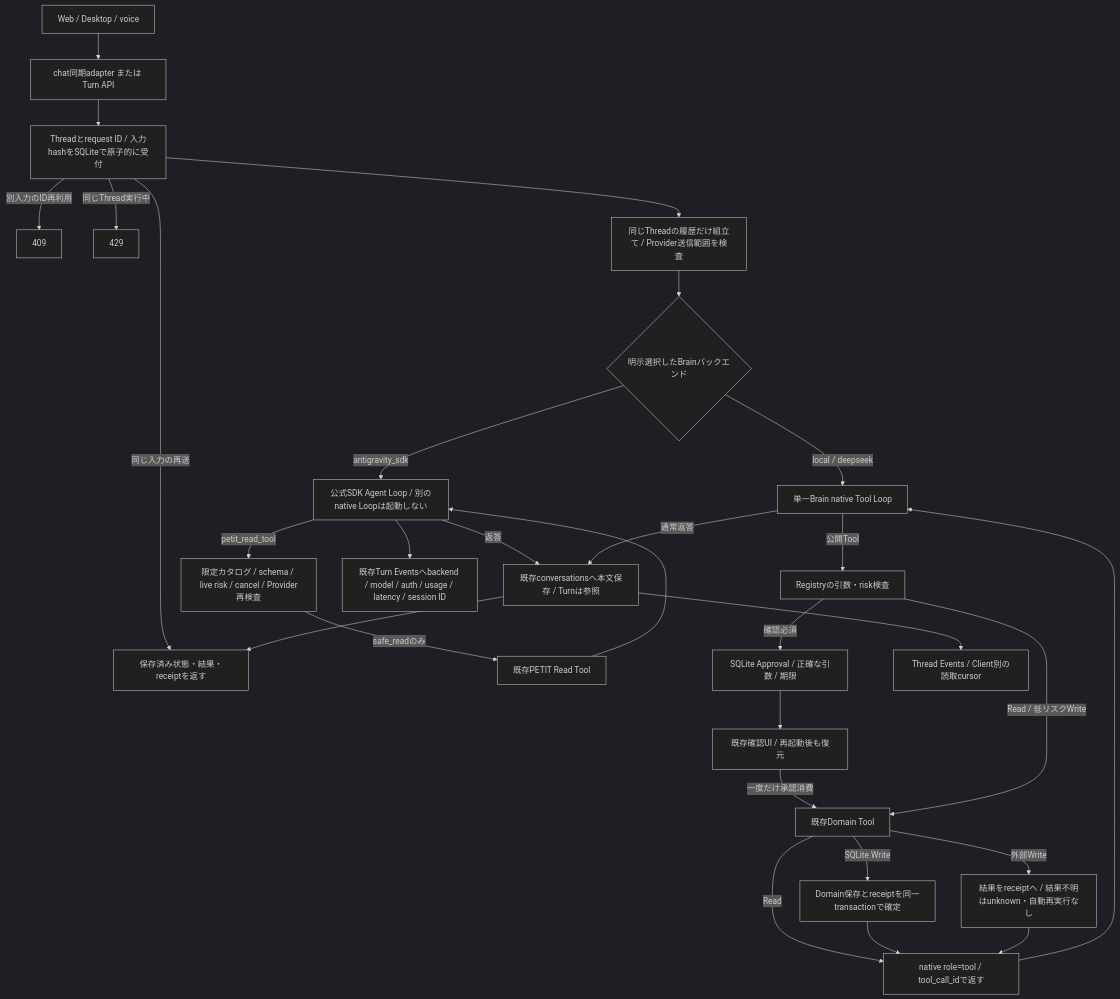
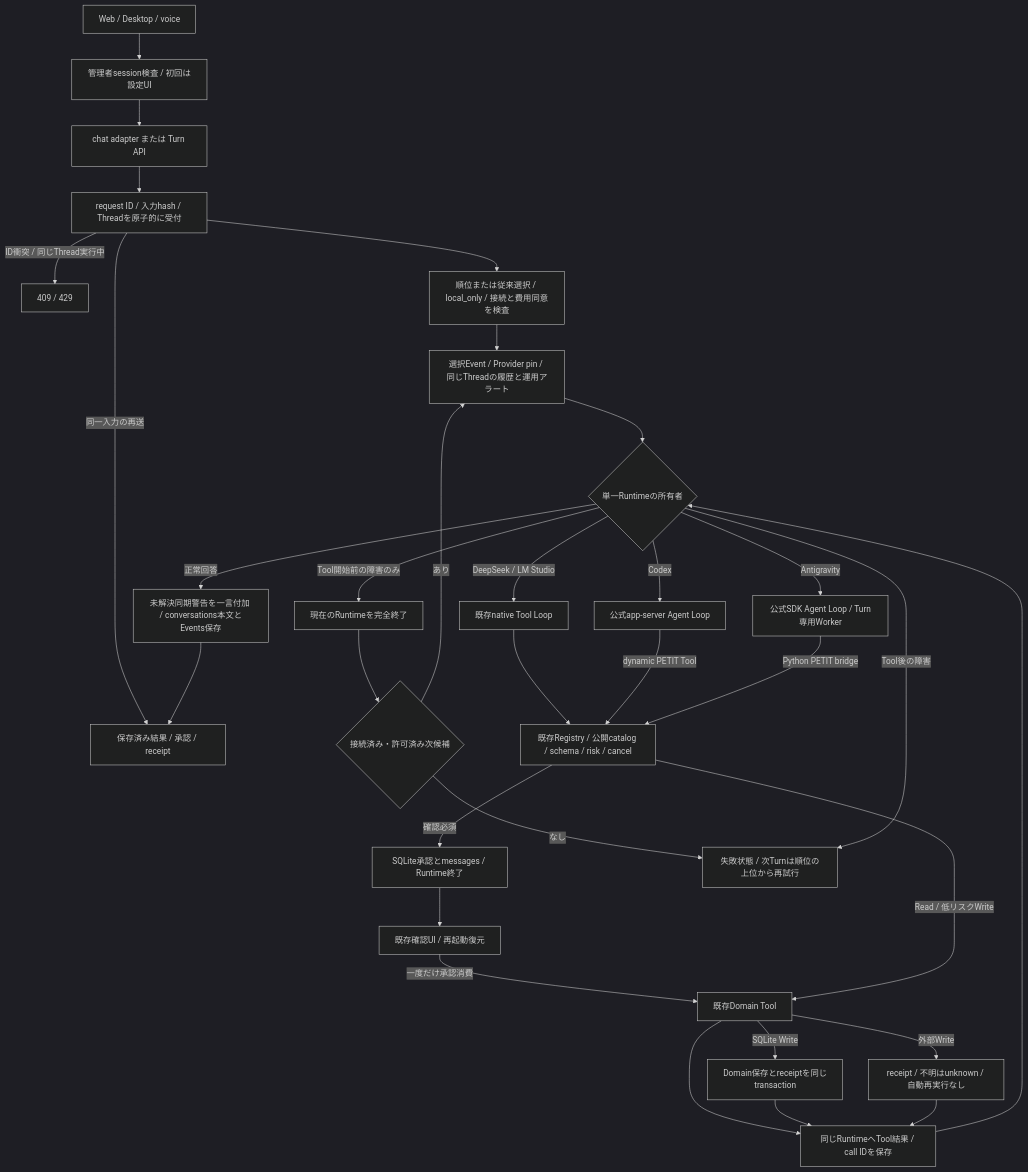
The first of 30 diagrams in docs/runtime-flows.md (Soso2e/PETIT), drawn with Mermaid (dark theme) before and after one commit. The commit also changed other lines of this file and 54 other files, not shown here.

````diff
--- a/docs/runtime-flows.md
+++ b/docs/runtime-flows.md
@@ -9,31 +8,34 @@
 ```mermaid
 flowchart TD
-    C[Web / Desktop / voice] --> A[chat同期adapter または Turn API]
-    A --> L[Threadとrequest ID / 入力hashをSQLiteで原子的に受付]
-    L -->|同じ入力の再送| R[保存済み状態・結果・receiptを返す]
-    L -->|別入力のID再利用| Conflict[409]
-    L -->|同じThread実行中| Busy[429]
-    L --> B[同じThreadの履歴だけ組立て / Provider送信範囲を検査]
-    B --> Backend{明示選択したBrainバックエンド}
-    Backend -->|local / deepseek| Brain[単一Brain native Tool Loop]
-    Backend -->|antigravity_sdk| SDK[公式SDK Agent Loop / 別のnative Loopは起動しない]
-    SDK -->|petit_read_tool| ReadGate[限定カタログ / schema / live risk / cancel / Provider再検査]
-    ReadGate -->|safe_readのみ| Read[既存PETIT Read Tool]
-    Read --> SDK
-    SDK -->|返答| Save
-    SDK --> Obs[既存Turn Eventsへbackend / model / auth / usage / latency / session ID]
-    Brain -->|通常返答| Save[既存conversationsへ本文保存 / Turnは参照]
-    Brain -->|公開Tool| V[Registryの引数・risk検査]
-    V -->|確認必須| P[SQLite Approval / 正確な引数 / 期限]
-    P --> U[既存確認UI / 再起動後も復元]
-    U -->|一度だけ承認消費| E[既存Domain Tool]
-    V -->|Read / 低リスクWrite| E
-    E -->|SQLite Write| T[Domain保存とreceiptを同一transactionで確定]
-    E -->|外部Write| X[結果をreceiptへ / 結果不明はunknown・自動再実行なし]
-    E -->|Read| N[native role=tool / tool_call_idで返す]
-    T --> N
-    X --> N
-    N --> Brain
+    C[Web / Desktop / voice] --> Auth[管理者session検査 / 初回は設定UI]
+    Auth --> A[chat adapter または Turn API]
+    A --> L[request ID / 入力hash / Threadを原子的に受付]
+    L -->|同一入力の再送| R[保存済み結果 / 承認 / receipt]
+    L -->|ID衝突 / 同じThread実行中| Conflict[409 / 429]
+    L --> Select[順位または従来選択 / local_only / 接続と費用同意を検査]
+    Select --> Pin[選択Event / Provider pin / 同じThreadの履歴と運用アラート]
+    Pin --> Backend{単一Runtimeの所有者}
+    Backend -->|DeepSeek / LM Studio| Native[既存native Tool Loop]
+    Backend -->|Codex| Codex[公式app-server Agent Loop]
+    Backend -->|Antigravity| SDK[公式SDK Agent Loop / Turn専用Worker]
+    Native --> Gate[既存Registry / 公開catalog / schema / risk / cancel]
+    Codex -->|dynamic PETIT Tool| Gate
+    SDK -->|Python PETIT bridge| Gate
+    Gate -->|確認必須| Approval[SQLite承認とmessages / Runtime終了]
+    Approval --> UI[既存確認UI / 再起動復元]
+    UI -->|一度だけ承認消費| Execute[既存Domain Tool]
+    Gate -->|Read / 低リスクWrite| Execute
+    Execute -->|SQLite Write| Receipt[Domain保存とreceiptを同じtransaction]
+    Execute -->|外部Write| Unknown[receipt / 不明はunknown / 自動再実行なし]
+    Execute --> Return[同じRuntimeへTool結果 / call IDを保存]
+    Receipt --> Return
+    Unknown --> Return
+    Return --> Backend
+    Backend -->|Tool開始前の障害のみ| Stop[現在のRuntimeを完全終了]
+    Stop --> Next{接続済み・許可済み次候補}
+    Next -->|あり| Pin
+    Next -->|なし| Failed[失敗状態 / 次Turnは順位の上位から再試行]
+    Backend -->|Tool後の障害| Failed
+    Backend -->|正常回答| Save[未解決同期警告を一言付加 / conversations本文とEvents保存]
     Save --> R
-    Save --> EV[Thread Events / Client別の読取cursor]
 ```
````
